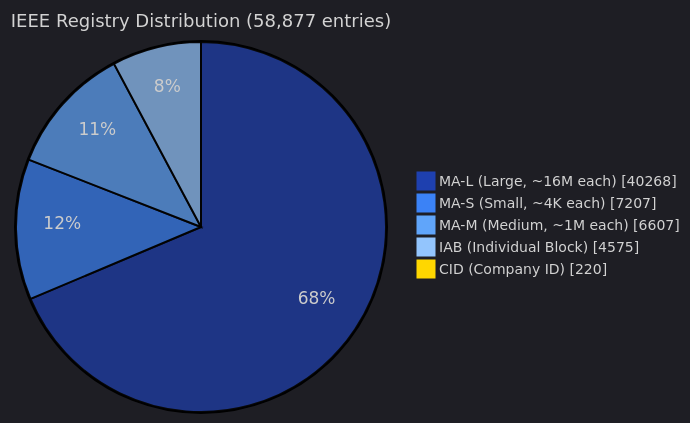
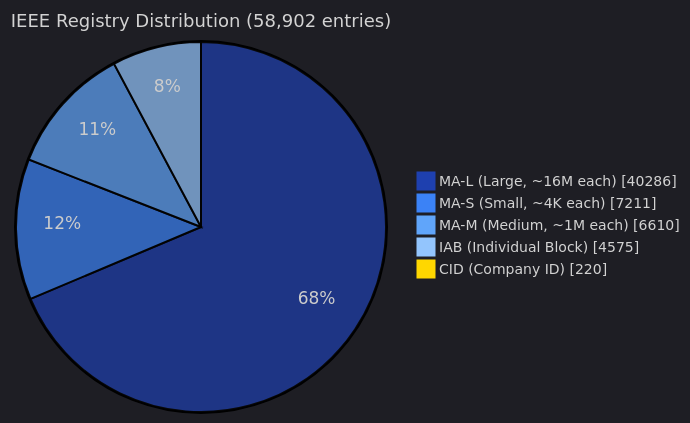
One commit to zqf20096327/dbhub_collect changed the third of 5 diagrams in data/readmes/Ringmast4r__OUI-Master-Database.md. Above: the diagram before and after it, drawn with Mermaid. The commit also changed other lines of this file and 402 other files, not shown here.

````diff
--- a/data/readmes/Ringmast4r__OUI-Master-Database.md
+++ b/data/readmes/Ringmast4r__OUI-Master-Database.md
@@ -133,10 +133,10 @@
 ```mermaid
 %%{init: {'theme':'dark', 'themeVariables': {'pie1':'#1E40AF','pie2':'#3B82F6','pie3':'#60A5FA','pie4':'#93C5FD','pie5':'#FFD700','pieTitleTextSize':'18px','pieLegendTextSize':'14px'}}}%%
 pie showData
-    title IEEE Registry Distribution (58,877 entries)
-    "MA-L (Large, ~16M each)" : 40268
-    "MA-S (Small, ~4K each)" : 7207
-    "MA-M (Medium, ~1M each)" : 6607
+    title IEEE Registry Distribution (58,902 entries)
+    "MA-L (Large, ~16M each)" : 40286
+    "MA-S (Small, ~4K each)" : 7211
+    "MA-M (Medium, ~1M each)" : 6610
     "IAB (Individual Block)" : 4575
     "CID (Company ID)" : 220
 ```
````
